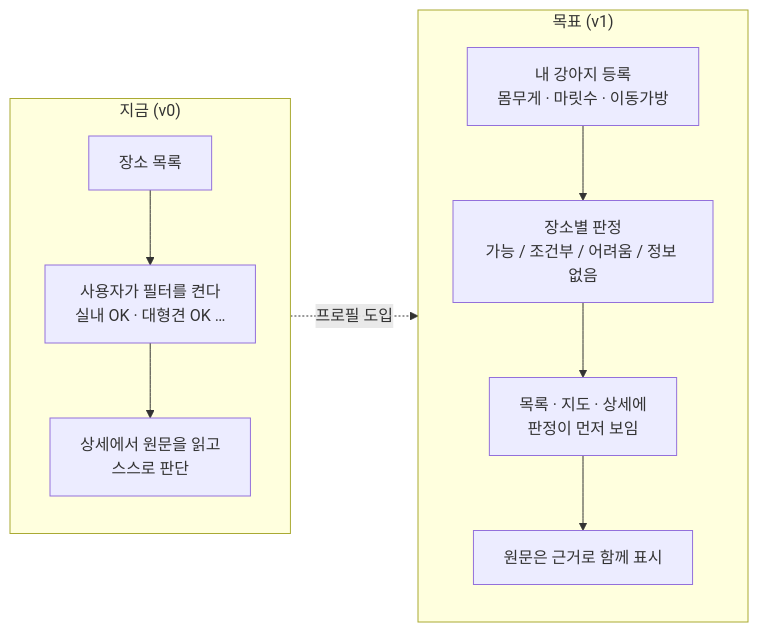
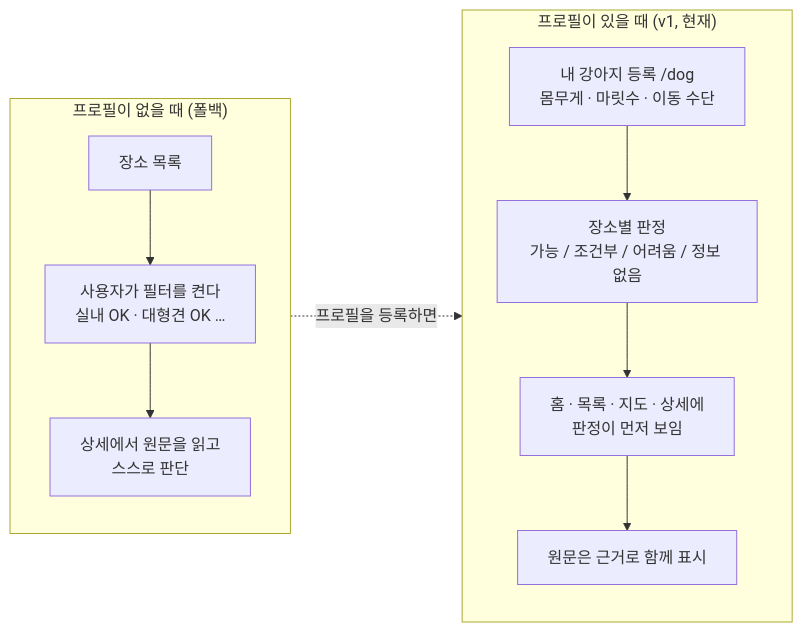
The diagram in docs/CONCEPT.md (hoiya-woohyun/zgnn), drawn with Mermaid before and after one commit. The commit also changed other lines of this file and 5 other files, not shown here.

````diff
--- a/docs/CONCEPT.md
+++ b/docs/CONCEPT.md
@@ -39,13 +42,13 @@
 ```mermaid
 flowchart LR
-  subgraph now["지금 (v0)"]
+  subgraph fallback["프로필이 없을 때 (폴백)"]
     A[장소 목록] --> B[사용자가 필터를 켠다<br/>실내 OK · 대형견 OK …]
     B --> C[상세에서 원문을 읽고<br/>스스로 판단]
   end
-  subgraph goal["목표 (v1)"]
-    P[내 강아지 등록<br/>몸무게 · 마릿수 · 이동가방] --> E[장소별 판정<br/>가능 / 조건부 / 어려움 / 정보 없음]
-    E --> L[목록 · 지도 · 상세에<br/>판정이 먼저 보임]
+  subgraph now["프로필이 있을 때 (v1, 현재)"]
+    P["내 강아지 등록 /dog<br/>몸무게 · 마릿수 · 이동 수단"] --> E[장소별 판정<br/>가능 / 조건부 / 어려움 / 정보 없음]
+    E --> L[홈 · 목록 · 지도 · 상세에<br/>판정이 먼저 보임]
     L --> C2[원문은 근거로 함께 표시]
   end
-  now -. 프로필 도입 .-> goal
+  fallback -. 프로필을 등록하면 .-> now
 ```
````
